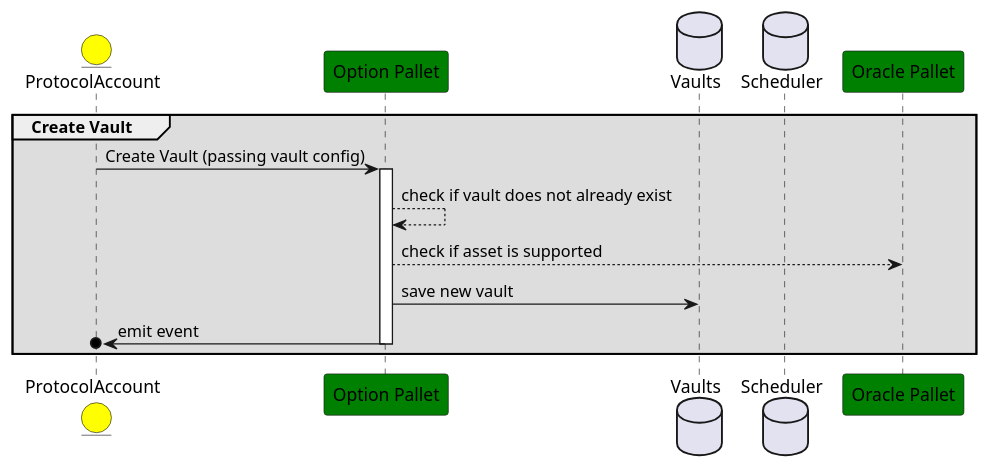
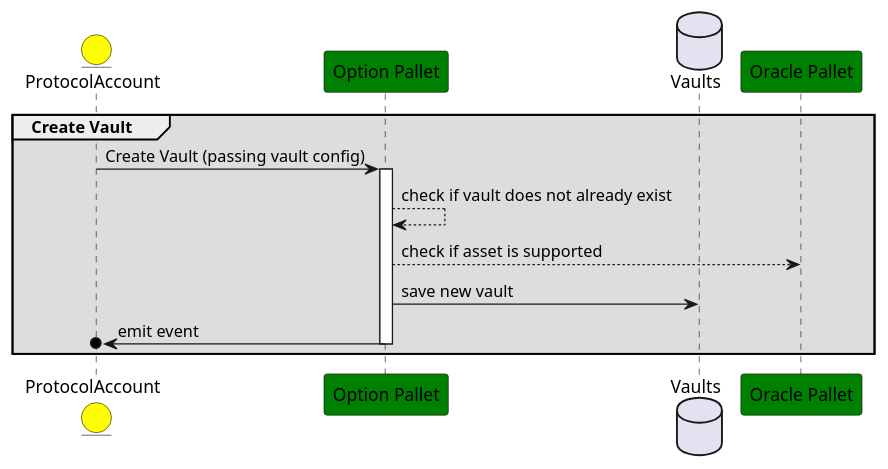
The diagram in frame/tokenized-options/diagrams/create_asset_vault.plantuml (omahs/composable), drawn with PlantUML before and after one commit. The commit also changed 1 other file, not shown here.

```diff
--- a/frame/tokenized-options/diagrams/create_asset_vault.plantuml
+++ b/frame/tokenized-options/diagrams/create_asset_vault.plantuml
@@ -1,17 +1,16 @@
 @startuml
 entity ProtocolAccount #yellow
 participant "Option Pallet" as Protocol #green
 database Vaults
-database Scheduler
 participant "Oracle Pallet" as Oracle #green
 
 group #00000022 Create Vault
 ProtocolAccount -> Protocol: Create Vault (passing vault config)
 activate Protocol
 Protocol --> Protocol: check if vault does not already exist
 Protocol --> Oracle: check if asset is supported
 Protocol -> Vaults: save new vault
 ProtocolAccount o<- Protocol: emit event
 deactivate Protocol
 end
 @enduml
```
